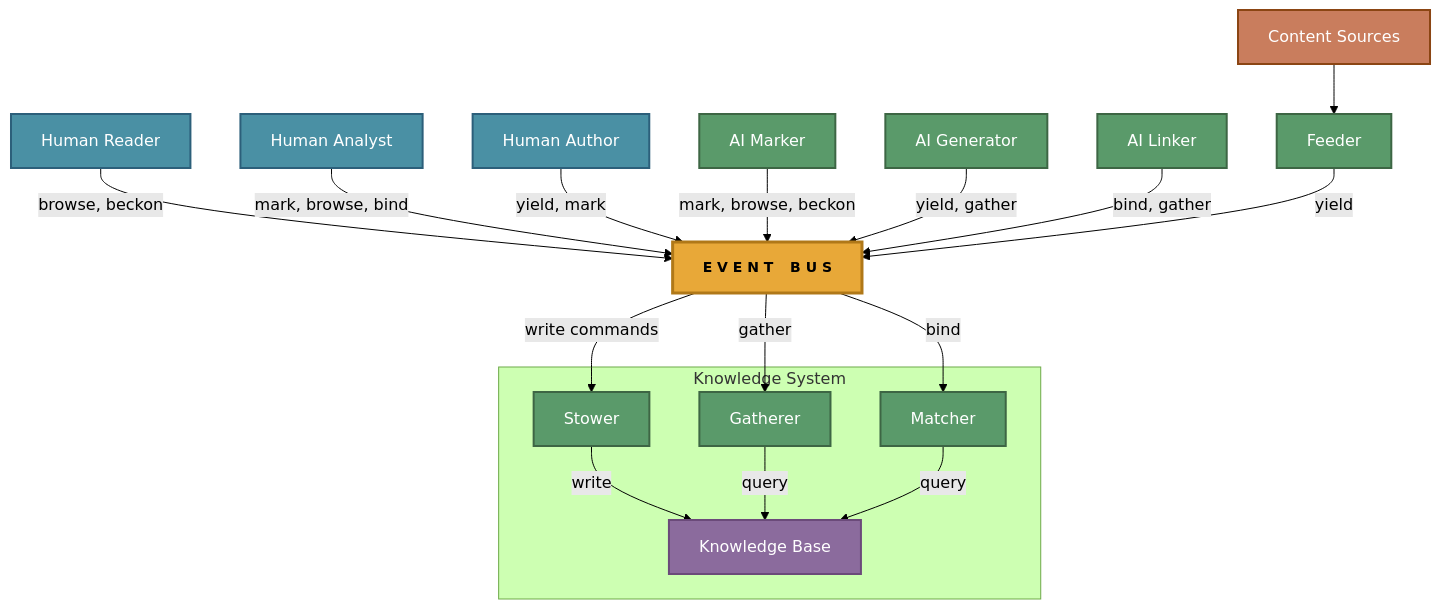
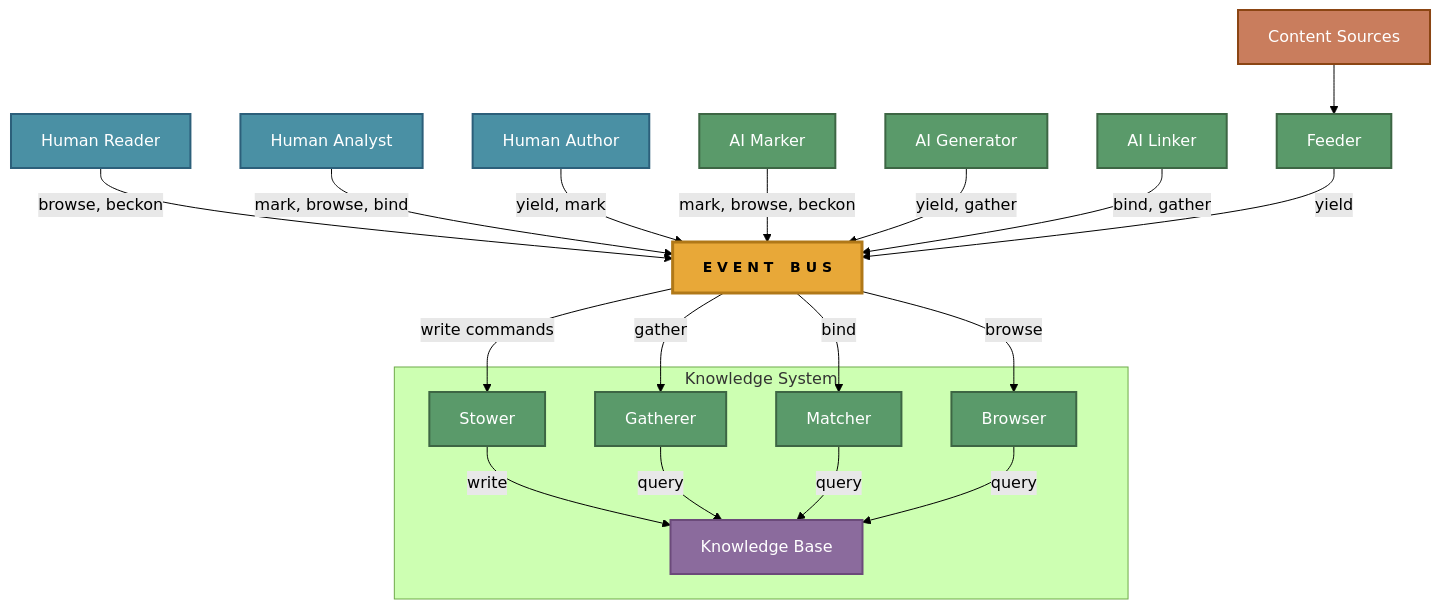
Before and after one commit to The-AI-Alliance/semiont: the first of 3 diagrams in docs/ARCHITECTURE.md, drawn with Mermaid (forest theme). The commit also changed other lines of this file, not shown here.

Commit message:
update docs with Browser actor

````diff
--- a/docs/ARCHITECTURE.md
+++ b/docs/ARCHITECTURE.md
@@ -17,42 +17,45 @@
 ```mermaid
 graph TD
     READER["Human Reader"] -->|"browse, beckon"| BUS
     ANALYST["Human Analyst"] -->|"mark, browse, bind"| BUS
     AUTHOR["Human Author"] -->|"yield, mark"| BUS
     MARKER["AI Marker"] -->|"mark, browse, beckon"| BUS
     GENERATOR["AI Generator"] -->|"yield, gather"| BUS
     LINKER["AI Linker"] -->|"bind, gather"| BUS
 
     BUS["E V E N T &ensp; B U S"]
 
     subgraph ks ["Knowledge System"]
         STOWER["Stower"]
         GATHERER["Gatherer"]
         MATCHER["Matcher"]
+        BROWSER["Browser"]
         KB["Knowledge Base"]
         STOWER -->|"write"| KB
         GATHERER -->|"query"| KB
         MATCHER -->|"query"| KB
+        BROWSER -->|"query"| KB
     end
 
     BUS -->|"write commands"| STOWER
     BUS -->|"gather"| GATHERER
     BUS -->|"bind"| MATCHER
+    BUS -->|"browse"| BROWSER
 
     SOURCES["Content Sources"] --> FEEDER["Feeder"]
     FEEDER -->|"yield"| BUS
 
     classDef bus fill:#e8a838,stroke:#b07818,stroke-width:3px,color:#000,font-weight:bold,font-size:14px
     classDef human fill:#4a90a4,stroke:#2c5f7a,stroke-width:2px,color:#fff
     classDef ai fill:#5a9a6a,stroke:#3d6644,stroke-width:2px,color:#fff
     classDef kb fill:#8b6b9d,stroke:#6b4a7a,stroke-width:2px,color:#fff
     classDef stream fill:#c97d5d,stroke:#8b4513,stroke-width:2px,color:#fff
     classDef worker fill:#5a9a6a,stroke:#3d6644,stroke-width:2px,color:#fff
 
     class READER,ANALYST,AUTHOR human
     class MARKER,GENERATOR,LINKER ai
     class BUS bus
     class KB kb
     class SOURCES stream
-    class FEEDER,STOWER,GATHERER,MATCHER worker
+    class FEEDER,STOWER,GATHERER,MATCHER,BROWSER worker
 ```
````
